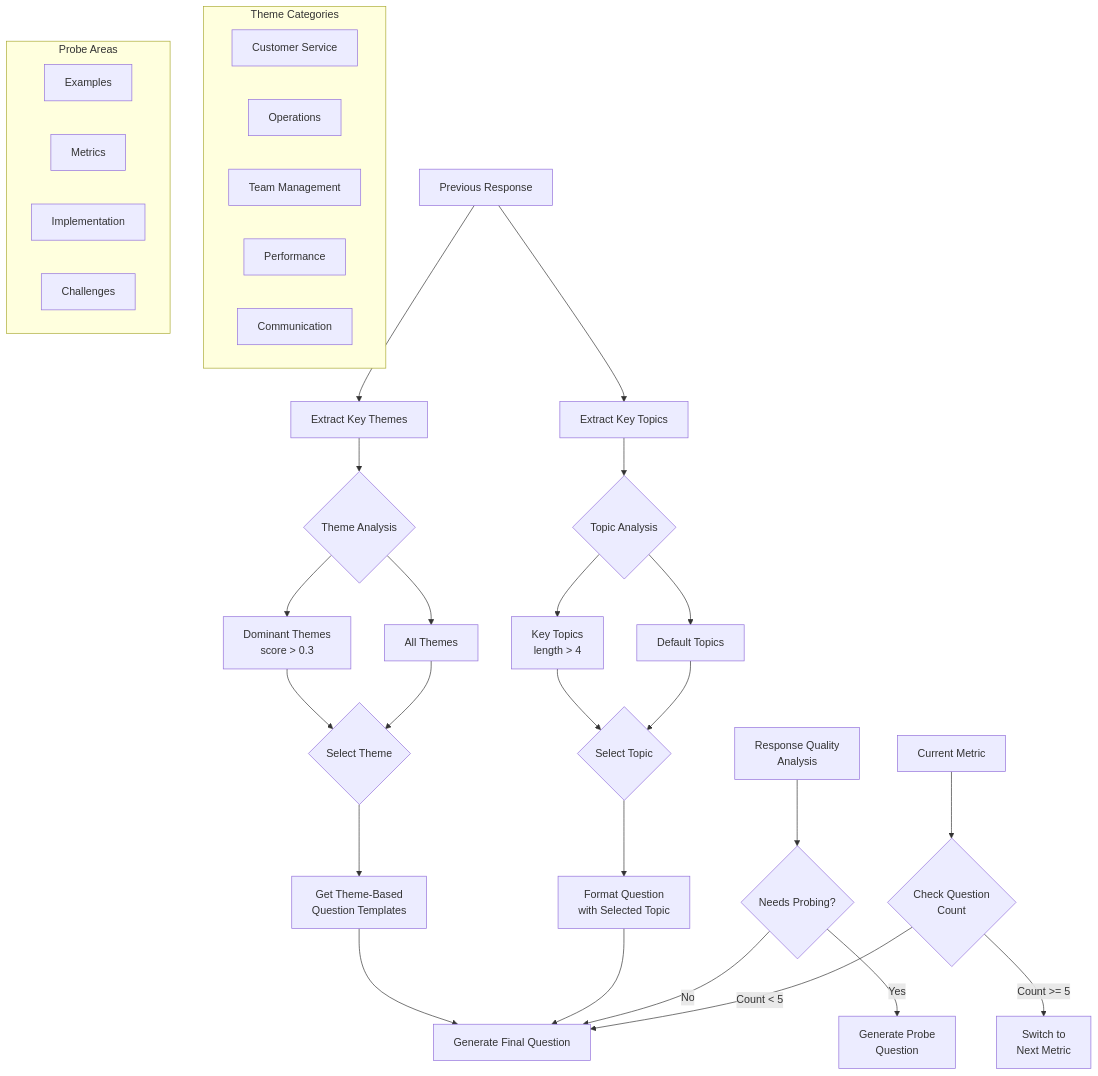
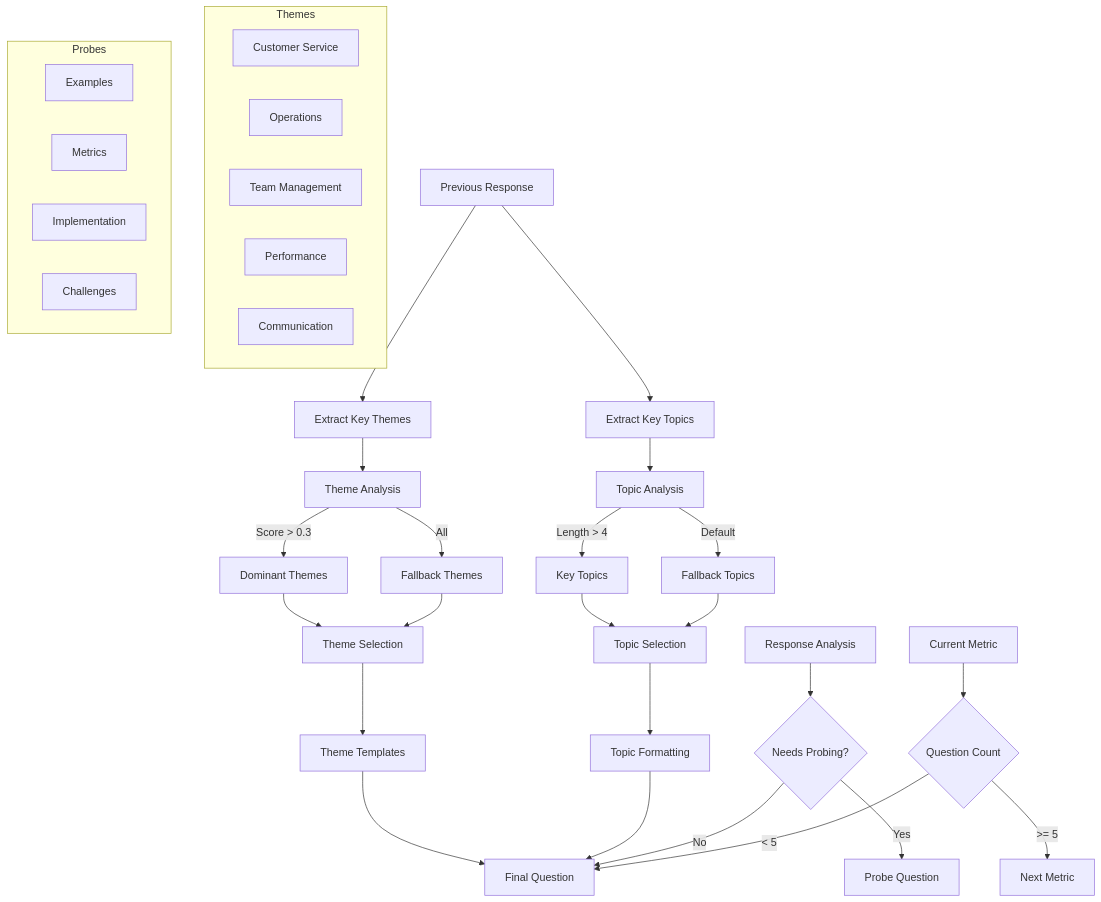
The diagram in README.md (ogshivam/intern_app), drawn with Mermaid before and after one commit.

Commit message:
fix: Update Mermaid diagram for GitHub compatibility

````diff
--- a/README.md
+++ b/README.md
@@ -87,48 +87,50 @@
 ```mermaid
-graph TD
+flowchart TD
     A[Previous Response] --> B[Extract Key Themes]
     A --> C[Extract Key Topics]
-    B --> D{Theme Analysis}
-    C --> E{Topic Analysis}
+    B --> D[Theme Analysis]
+    C --> E[Topic Analysis]
     
-    D --> F[Dominant Themes<br/>score > 0.3]
-    D --> G[All Themes]
+    D --> |Score > 0.3| F[Dominant Themes]
+    D --> |All| G[Fallback Themes]
     
-    E --> H[Key Topics<br/>length > 4]
-    E --> I[Default Topics]
+    E --> |Length > 4| H[Key Topics]
+    E --> |Default| I[Fallback Topics]
     
-    F --> J{Select Theme}
+    F --> J[Theme Selection]
     G --> J
     
-    H --> K{Select Topic}
+    H --> K[Topic Selection]
     I --> K
     
-    J --> L[Get Theme-Based<br/>Question Templates]
-    K --> M[Format Question<br/>with Selected Topic]
+    J --> L[Theme Templates]
+    K --> M[Topic Formatting]
     
-    L --> N[Generate Final Question]
+    L --> N[Final Question]
     M --> N
     
-    O[Response Quality<br/>Analysis] --> P{Needs Probing?}
-    P -- Yes --> Q[Generate Probe<br/>Question]
-    P -- No --> N
+    O[Response Analysis] --> P{Needs Probing?}
+    P -->|Yes| Q[Probe Question]
+    P -->|No| N
     
-    R[Current Metric] --> S{Check Question<br/>Count}
-    S -- Count >= 5 --> T[Switch to<br/>Next Metric]
-    S -- Count < 5 --> N
+    R[Current Metric] --> S{Question Count}
+    S -->|>= 5| T[Next Metric]
+    S -->|< 5| N
     
-    subgraph Theme Categories
-        TC1[Customer Service]
-        TC2[Operations]
-        TC3[Team Management]
-        TC4[Performance]
-        TC5[Communication]
+    subgraph Themes
+        direction LR
+        T1[Customer Service]
+        T2[Operations]
+        T3[Team Management]
+        T4[Performance]
+        T5[Communication]
     end
     
-    subgraph Probe Areas
-        PA1[Examples]
-        PA2[Metrics]
-        PA3[Implementation]
-        PA4[Challenges]
+    subgraph Probes
+        direction LR
+        P1[Examples]
+        P2[Metrics]
+        P3[Implementation]
+        P4[Challenges]
     end
 ```
````
